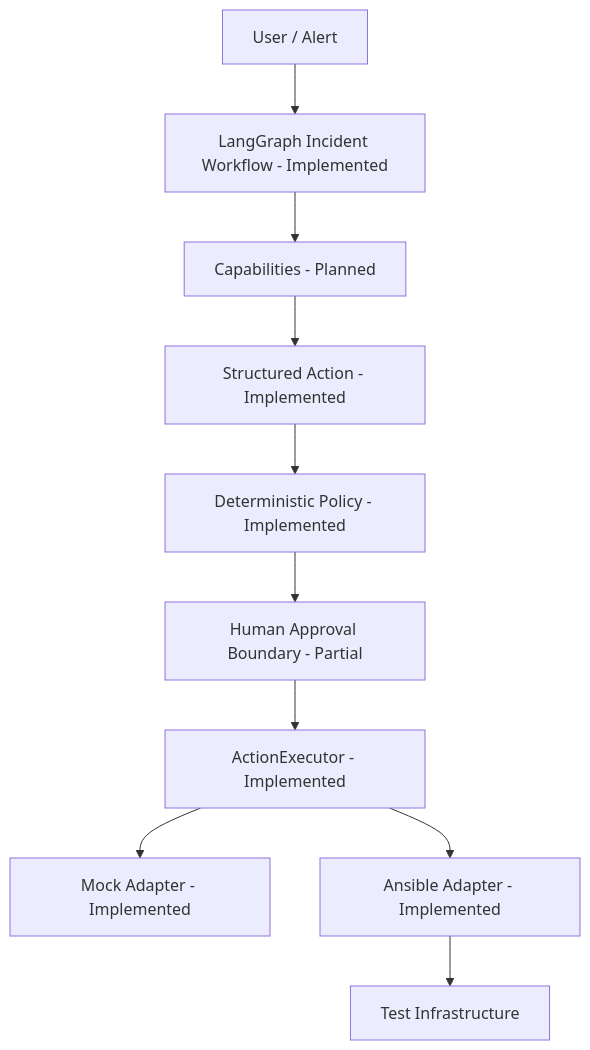
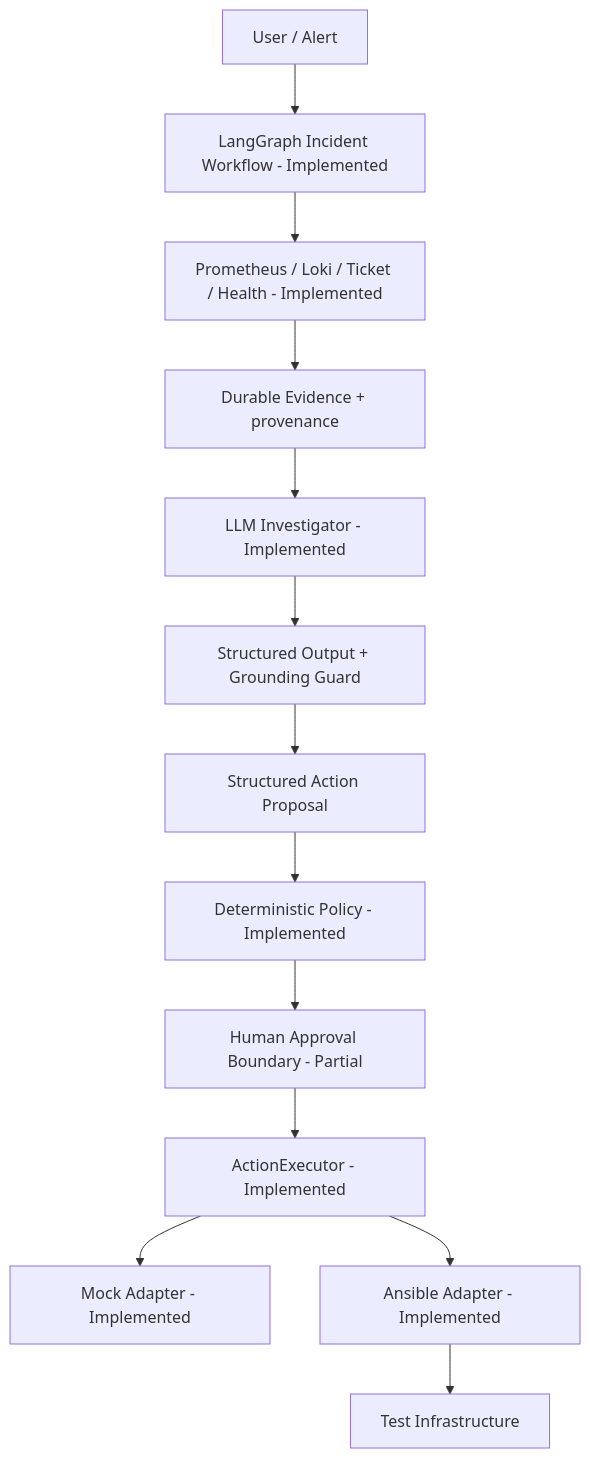
Before and after one commit to soren-max/OpsPilot: the diagram in README.md, drawn with Mermaid. The commit also changed other lines of this file and 9 other files, not shown here.

````diff
--- a/README.md
+++ b/README.md
@@ -27,12 +27,15 @@
 ```mermaid
 flowchart TD
   User[User / Alert] --> Workflow[LangGraph Incident Workflow - Implemented]
-  Workflow --> Capabilities[Capabilities - Planned]
-  Capabilities --> Action[Structured Action - Implemented]
+  Workflow --> Capabilities[Prometheus / Loki / Ticket / Health - Implemented]
+  Capabilities --> Evidence[Durable Evidence + provenance]
+  Evidence --> Investigator[LLM Investigator - Implemented]
+  Investigator --> Guard[Structured Output + Grounding Guard]
+  Guard --> Action[Structured Action Proposal]
   Action --> Policy[Deterministic Policy - Implemented]
   Policy --> Approval[Human Approval Boundary - Partial]
   Approval --> Executor[ActionExecutor - Implemented]
   Executor --> Mock[Mock Adapter - Implemented]
   Executor --> Ansible[Ansible Adapter - Implemented]
   Ansible --> Infrastructure[Test Infrastructure]
 ```
````
